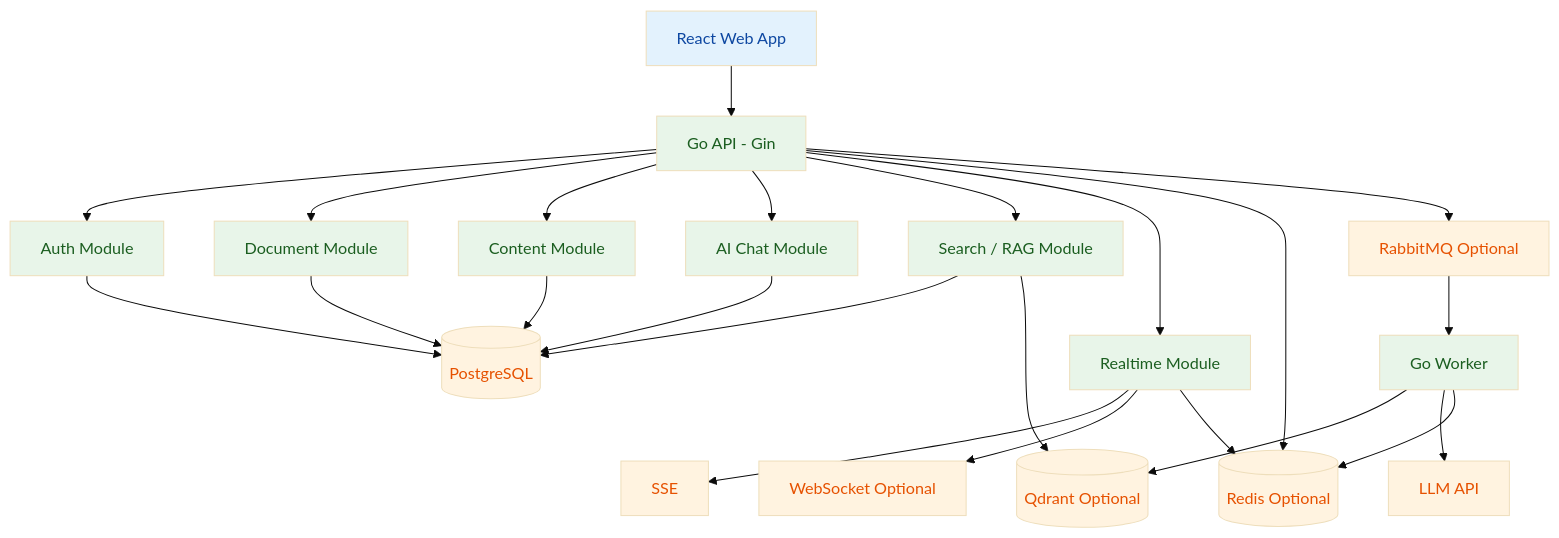
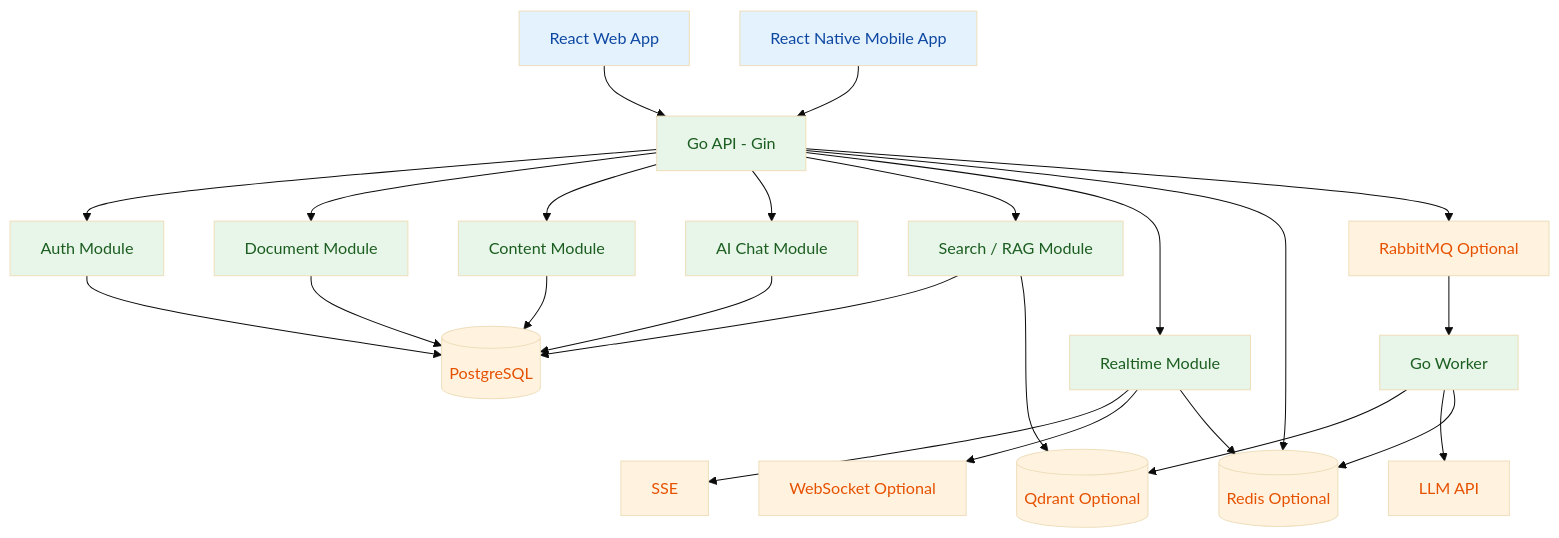
The first of 3 diagrams in docs/architecture-plan.md (HaveNiceDa/My-Notion-Go), drawn with Mermaid (base theme) before and after one commit. The commit also changed other lines of this file and 4 other files, not shown here.

````diff
--- a/docs/architecture-plan.md
+++ b/docs/architecture-plan.md
@@ -25,35 +25,36 @@
 ```mermaid
 flowchart TD
     Web[React Web App] --> API[Go API - Gin]
+    Mobile[React Native Mobile App] --> API
     API --> Auth[Auth Module]
     API --> Doc[Document Module]
     API --> Editor[Content Module]
     API --> Chat[AI Chat Module]
     API --> Search[Search / RAG Module]
     API --> Realtime[Realtime Module]
 
     Auth --> PG[(PostgreSQL)]
     Doc --> PG
     Editor --> PG
     Chat --> PG
     Search --> PG
     Search --> QD[(Qdrant Optional)]
     API --> Redis[(Redis Optional)]
 
     API --> MQ[RabbitMQ Optional]
     MQ --> Worker[Go Worker]
     Worker --> QD
     Worker --> LLM[LLM API]
     Worker --> Redis
 
     Realtime --> SSE[SSE]
     Realtime --> WS[WebSocket Optional]
     Realtime --> Redis
 
     classDef frontend fill:#e3f2fd,color:#0d47a1
     classDef backend fill:#e8f5e9,color:#1b5e20
     classDef infra fill:#fff3e0,color:#e65100
-    class Web frontend
+    class Web,Mobile frontend
     class API,Auth,Doc,Editor,Chat,Search,Realtime,Worker backend
     class PG,QD,Redis,MQ,LLM,SSE,WS infra
 ```
````
